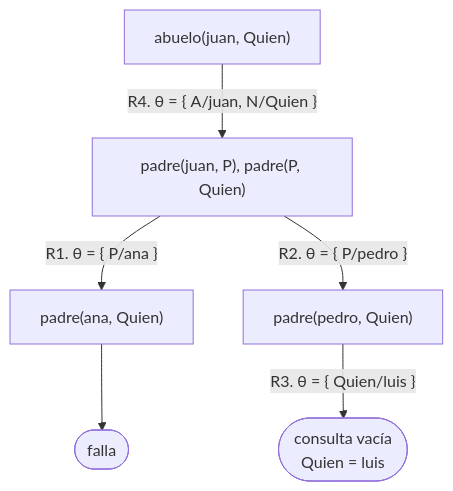
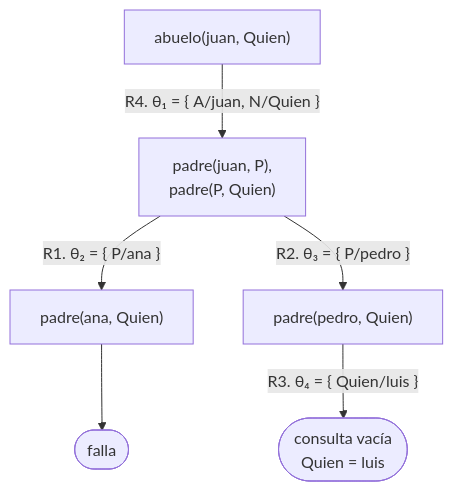
The first of 7 diagrams in docs/capitulo-05-como-responde-prolog/index.md (CesarBallardini/curso-de-prolog), drawn with Mermaid before and after one commit. The commit also changed other lines of this file and 214 other files, not shown here.

````diff
--- a/docs/capitulo-05-como-responde-prolog/index.md
+++ b/docs/capitulo-05-como-responde-prolog/index.md
@@ -102,8 +104,8 @@
 ```mermaid
 flowchart TD
-    A["abuelo(juan, Quien)"] -- "R4. θ = { A/juan, N/Quien }" --> B["padre(juan, P), padre(P, Quien)"]
-    B -- "R1. θ = { P/ana }" --> C["padre(ana, Quien)"]
-    B -- "R2. θ = { P/pedro }" --> D["padre(pedro, Quien)"]
+    A["abuelo(juan, Quien)"] -- "R4. θ₁ = {&nbsp;A/juan, N/Quien&nbsp;}" --> B["padre(juan, P),<br/>padre(P, Quien)"]
+    B -- "R1. θ₂ = {&nbsp;P/ana&nbsp;}" --> C["padre(ana, Quien)"]
+    B -- "R2. θ₃ = {&nbsp;P/pedro&nbsp;}" --> D["padre(pedro, Quien)"]
     C --> E(["falla"])
-    D -- "R3. θ = { Quien/luis }" --> F(["consulta vacía<br/>Quien = luis"])
+    D -- "R3. θ₄ = {&nbsp;Quien/luis&nbsp;}" --> F(["consulta vacía<br/>Quien = luis"])
 ```
````
